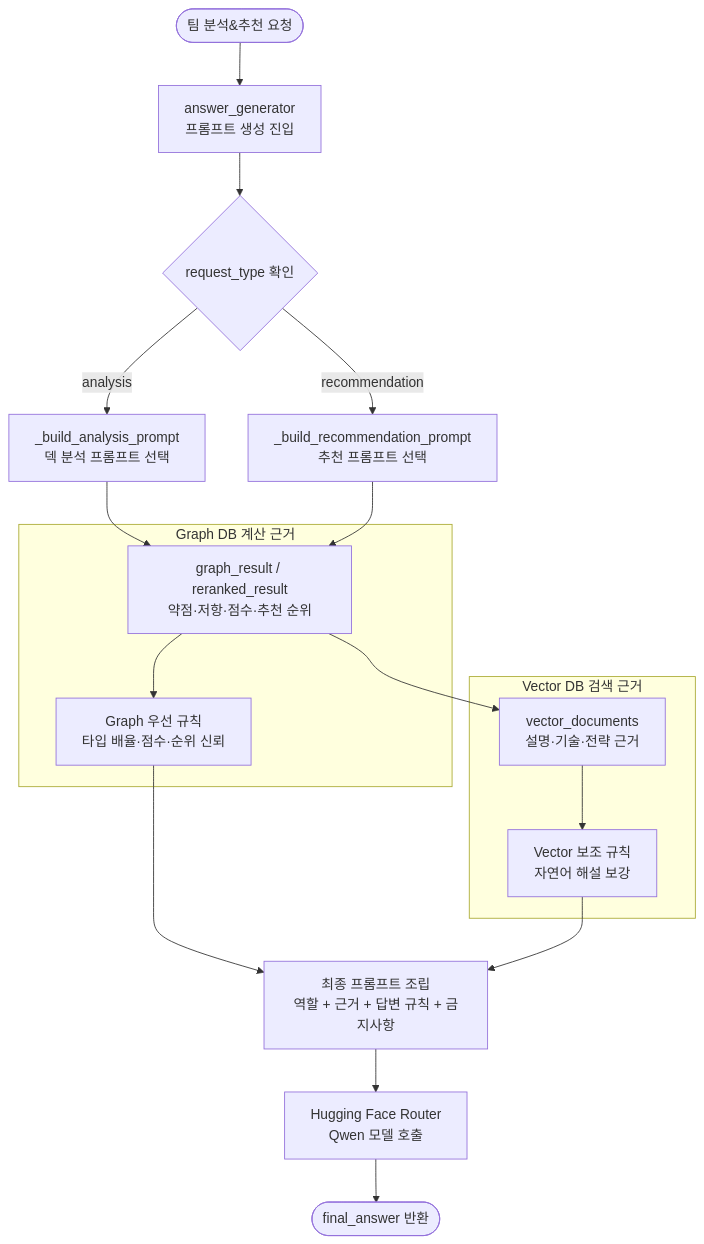
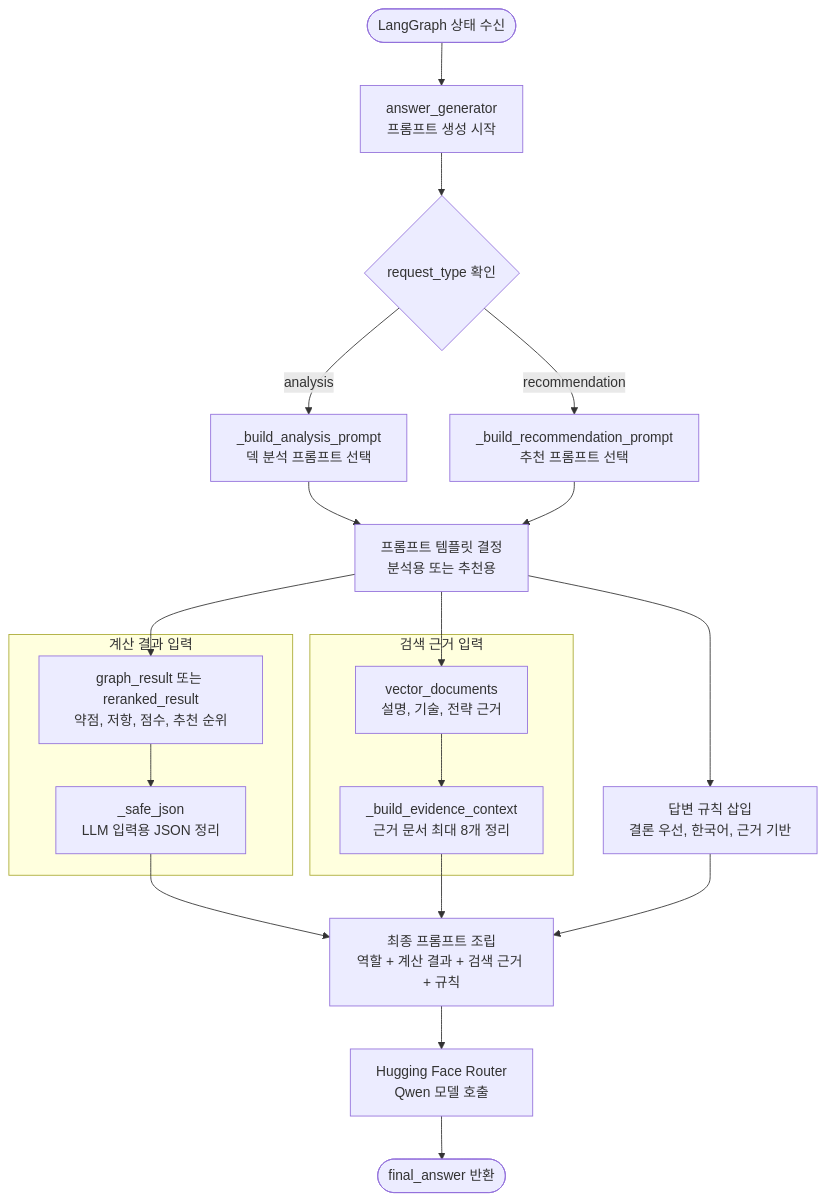
The diagram in docs/팀빌딩/08_프롬프트명세서.md (SKNETWORKS-FAMILY-AICAMP/SKN27-3rd-3TEAM), drawn with Mermaid before and after one commit.

Commit message:
또 수정정

````diff
--- a/docs/팀빌딩/08_프롬프트명세서.md
+++ b/docs/팀빌딩/08_프롬프트명세서.md
@@ -141,36 +141,42 @@
 ```mermaid
 flowchart TD
-    START(["팀 분석&추천 요청"])
-    ANSWER["answer_generator<br/>프롬프트 생성 진입"]
+    START(["LangGraph 상태 수신"])
+    ANSWER["answer_generator<br/>프롬프트 생성 시작"]
     TYPE{"request_type 확인"}
     ANALYSIS["_build_analysis_prompt<br/>덱 분석 프롬프트 선택"]
     RECOMMEND["_build_recommendation_prompt<br/>추천 프롬프트 선택"]
+    TEMPLATE["프롬프트 템플릿 결정<br/>분석용 또는 추천용"]
 
-    subgraph GRAPH_CONTEXT["Graph DB 계산 근거"]
-        GRAPH_RESULT["graph_result / reranked_result<br/>약점·저항·점수·추천 순위"]
-        GRAPH_RULE["Graph 우선 규칙<br/>타입 배율·점수·순위 신뢰"]
+    subgraph GRAPH_CONTEXT["계산 결과 입력"]
+        GRAPH_RESULT["graph_result 또는 reranked_result<br/>약점, 저항, 점수, 추천 순위"]
+        COMPACT["_safe_json<br/>LLM 입력용 JSON 정리"]
     end
 
-    subgraph VECTOR_CONTEXT["Vector DB 검색 근거"]
-        VECTOR_DOCS["vector_documents<br/>설명·기술·전략 근거"]
-        VECTOR_RULE["Vector 보조 규칙<br/>자연어 해설 보강"]
+    subgraph VECTOR_CONTEXT["검색 근거 입력"]
+        VECTOR_DOCS["vector_documents<br/>설명, 기술, 전략 근거"]
+        EVIDENCE["_build_evidence_context<br/>근거 문서 최대 8개 정리"]
     end
 
-    PROMPT["최종 프롬프트 조립<br/>역할 + 근거 + 답변 규칙 + 금지사항"]
+    RULES["답변 규칙 삽입<br/>결론 우선, 한국어, 근거 기반"]
+    PROMPT["최종 프롬프트 조립<br/>역할 + 계산 결과 + 검색 근거 + 규칙"]
     CALL["Hugging Face Router<br/>Qwen 모델 호출"]
     FINAL(["final_answer 반환"])
 
     START --> ANSWER --> TYPE
     TYPE -- "analysis" --> ANALYSIS
     TYPE -- "recommendation" --> RECOMMEND
-    ANALYSIS --> GRAPH_RESULT
-    RECOMMEND --> GRAPH_RESULT
+    ANALYSIS --> TEMPLATE
+    RECOMMEND --> TEMPLATE
 
-    GRAPH_RESULT --> GRAPH_RULE
-    GRAPH_RULE --> PROMPT
-    GRAPH_RESULT --> VECTOR_DOCS
-    VECTOR_DOCS --> VECTOR_RULE
-    VECTOR_RULE --> PROMPT
+    TEMPLATE --> GRAPH_RESULT
+    TEMPLATE --> VECTOR_DOCS
+    TEMPLATE --> RULES
+
+    GRAPH_RESULT --> COMPACT
+    VECTOR_DOCS --> EVIDENCE
+    COMPACT --> PROMPT
+    EVIDENCE --> PROMPT
+    RULES --> PROMPT
 
     PROMPT --> CALL --> FINAL
 ```
````
